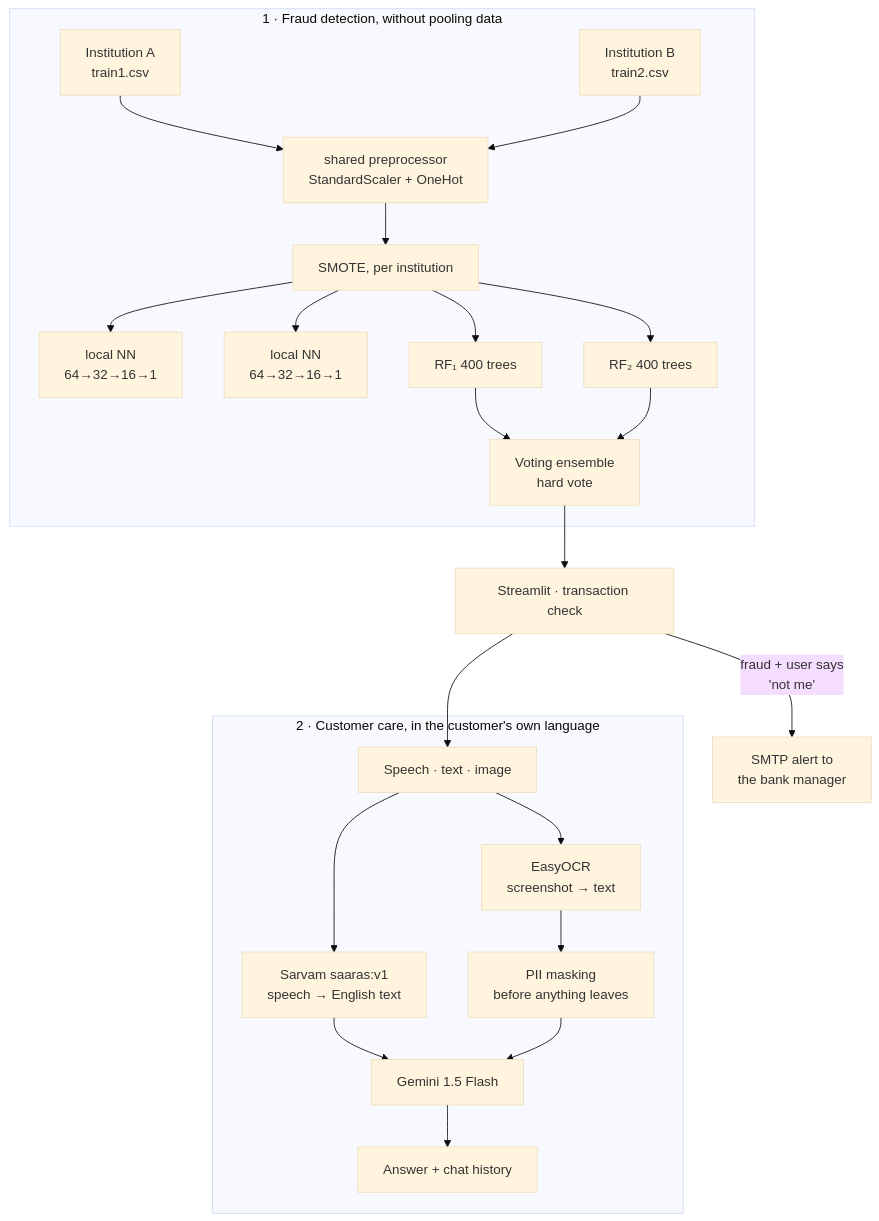
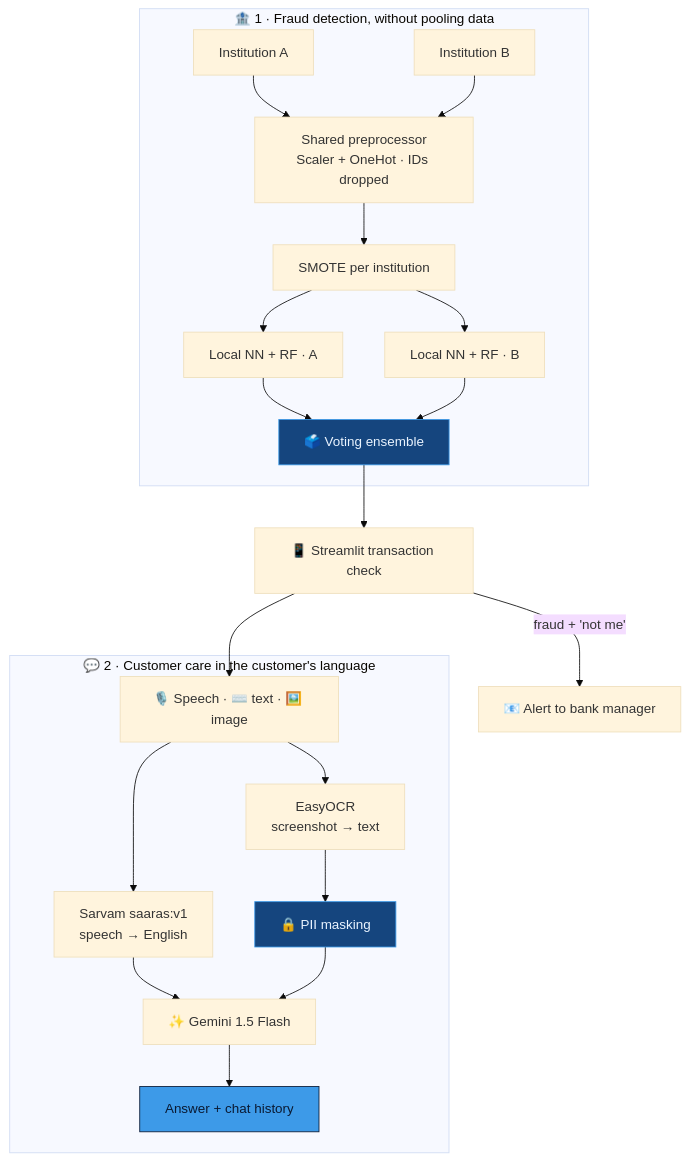
Before and after one commit to Vishal-AS-0407/portfolio: the diagram in gh-readmes/Fraud-Detection-and-VQA-Based-Multilingual-Customer-Care-Chatbot-with-Speech-Support/README.md, drawn with Mermaid (base theme). The commit also changed other lines of this file and 62 other files, not shown here.

````diff
--- a/gh-readmes/Fraud-Detection-and-VQA-Based-Multilingual-Customer-Care-Chatbot-with-Speech-Support/README.md
+++ b/gh-readmes/Fraud-Detection-and-VQA-Based-Multilingual-Customer-Care-Chatbot-with-Speech-Support/README.md
@@ -41,27 +88,27 @@
 ```mermaid
-flowchart TB
-    subgraph FED["1 · Fraud detection, without pooling data"]
-        D1["Institution A<br/>train1.csv"] --> P1["shared preprocessor<br/>StandardScaler + OneHot"]
-        D2["Institution B<br/>train2.csv"] --> P1
-        P1 --> S1["SMOTE, per institution"]
-        S1 --> M1["local NN<br/>64→32→16→1"]
-        S1 --> M2["local NN<br/>64→32→16→1"]
-        S1 --> R1["RF₁ 400 trees"]
-        S1 --> R2["RF₂ 400 trees"]
-        R1 --> V["Voting ensemble<br/>hard vote"]
-        R2 --> V
+flowchart TD
+    subgraph FED["🏦 1 · Fraud detection, without pooling data"]
+        D1["Institution A"] --> P1["Shared preprocessor<br/>Scaler + OneHot · IDs dropped"]
+        D2["Institution B"] --> P1
+        P1 --> S1["SMOTE per institution"]
+        S1 --> M1["Local NN + RF · A"]
+        S1 --> M2["Local NN + RF · B"]
+        M1 --> V["🗳️ Voting ensemble"]
+        M2 --> V
     end
-    V --> APP["Streamlit · transaction check"]
-    APP -->|"fraud + user says<br/>'not me'"| MAIL["SMTP alert to<br/>the bank manager"]
+    V --> APP["📱 Streamlit transaction check"]
+    APP -->|"fraud + 'not me'"| MAIL["📧 Alert to bank manager"]
     APP --> CHAT
-
-    subgraph VQA["2 · Customer care, in the customer's own language"]
-        CHAT["Speech · text · image"]
-        CHAT --> SAR["Sarvam saaras:v1<br/>speech → English text"]
+    subgraph VQA["💬 2 · Customer care in the customer's language"]
+        CHAT["🎙️ Speech · ⌨️ text · 🖼️ image"]
+        CHAT --> SAR["Sarvam saaras:v1<br/>speech → English"]
         CHAT --> OCR["EasyOCR<br/>screenshot → text"]
-        OCR --> MASK["PII masking<br/>before anything leaves"]
-        SAR --> GEM["Gemini 1.5 Flash"]
+        OCR --> MASK["🔒 PII masking"]
+        SAR --> GEM["✨ Gemini 1.5 Flash"]
         MASK --> GEM
         GEM --> OUT["Answer + chat history"]
     end
+    style V fill:#15457E,stroke:#3D9AE8,color:#EAF4FF
+    style MASK fill:#15457E,stroke:#3D9AE8,color:#EAF4FF
+    style OUT fill:#3D9AE8,stroke:#0A1A33,color:#0A1A33
 ```
````
